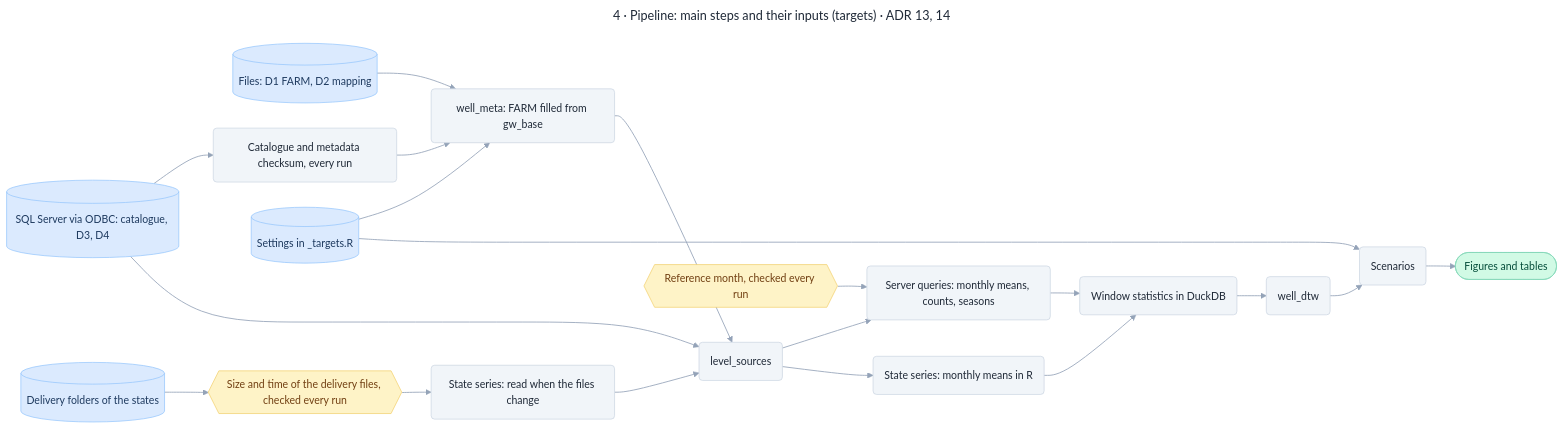
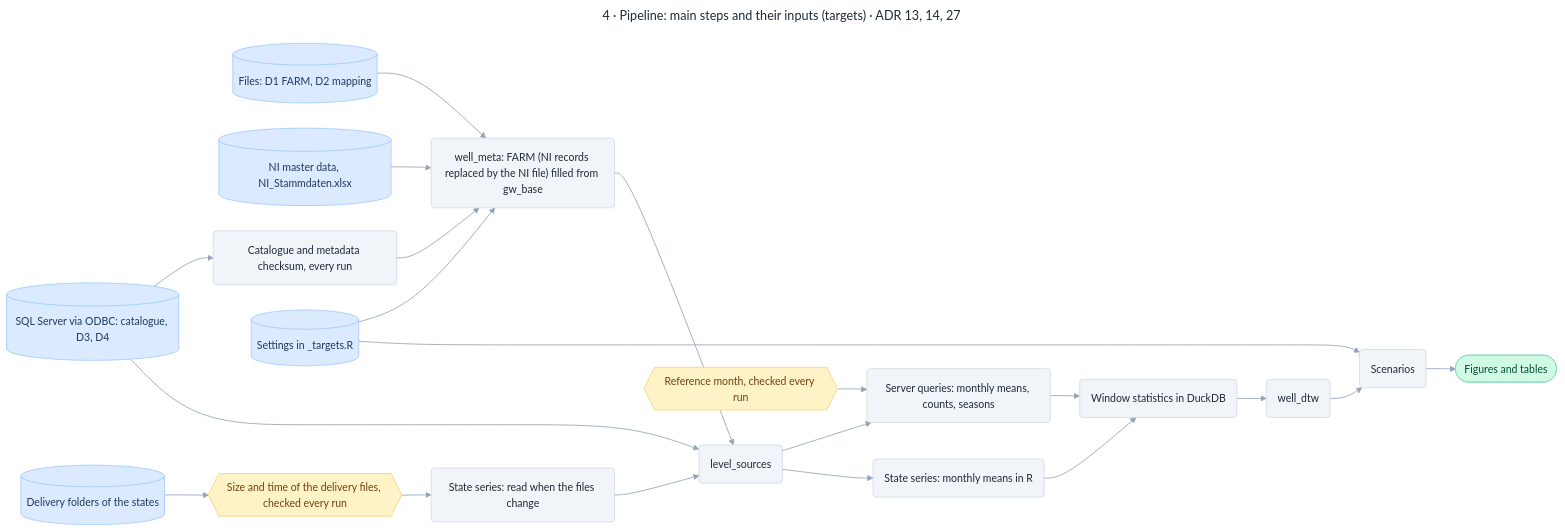
Before and after one commit to MxNl/groundwater_obswells: the diagram in docs/diagrams/pipeline.mmd, drawn with Mermaid. The commit also changed 13 other files, not shown here.

Commit message:
NI: FARM records replaced by the NI master data

```diff
--- a/docs/diagrams/pipeline.mmd
+++ b/docs/diagrams/pipeline.mmd
@@ -1,58 +1,60 @@
 ---
-title: "4 · Pipeline: main steps and their inputs (targets) · ADR 13, 14"
+title: "4 · Pipeline: main steps and their inputs (targets) · ADR 13, 14, 27"
 config:
   theme: base
   themeVariables:
     fontFamily: Noto Sans Display
     fontSize: 15px
     primaryTextColor: "#1f2937"
     lineColor: "#94a3b8"
     clusterBkg: "#f8fafc"
     clusterBorder: "#e2e8f0"
     titleColor: "#475569"
   flowchart:
     wrappingWidth: 230
     padding: 16
     nodeSpacing: 36
     rankSpacing: 42
     curve: basis
 ---
 flowchart LR
   classDef data fill:#dbeafe,stroke:#93c5fd,stroke-width:1px,color:#1e3a5f
   classDef step fill:#f1f5f9,stroke:#cbd5e1,stroke-width:1px,color:#1f2937
   classDef rule fill:#fef3c7,stroke:#f2cf6b,stroke-width:1px,color:#713f12
   classDef out fill:#d1fae5,stroke:#86d9b9,stroke-width:1px,color:#064e3b
 
   db[("SQL Server via ODBC: catalogue, D3, D4")]:::data
   files[("Files: D1 FARM, D2 mapping")]:::data
+  nifile[("NI master data, NI_Stammdaten.xlsx")]:::data
   dl[("Delivery folders of the states")]:::data
   stl("State series: read when the files change"):::step
   inp{{"Size and time of the delivery files, checked every run"}}:::rule
   cfg[("Settings in _targets.R")]:::data
 
   cat("Catalogue and metadata checksum, every run"):::step
-  meta("well_meta: FARM filled from gw_base"):::step
+  meta("well_meta: FARM (NI records replaced by the NI file) filled from gw_base"):::step
   src("level_sources"):::step
   q("Server queries: monthly means, counts, seasons"):::step
   loc("State series: monthly means in R"):::step
   stats("Window statistics in DuckDB"):::step
   dtw("well_dtw"):::step
   sc("Scenarios"):::step
   plots(["Figures and tables"]):::out
   ref{{"Reference month, checked every run"}}:::rule
 
   db --> cat --> meta
   files --> meta
+  nifile --> meta
   meta --> src
   db --> src
   dl --> inp --> stl --> src
   src --> q
   src --> loc
   ref --> q
   q --> stats
   loc --> stats
   stats --> dtw --> sc --> plots
   cfg --> meta
   cfg --> sc
 
   linkStyle default stroke-width:1.2px
```
